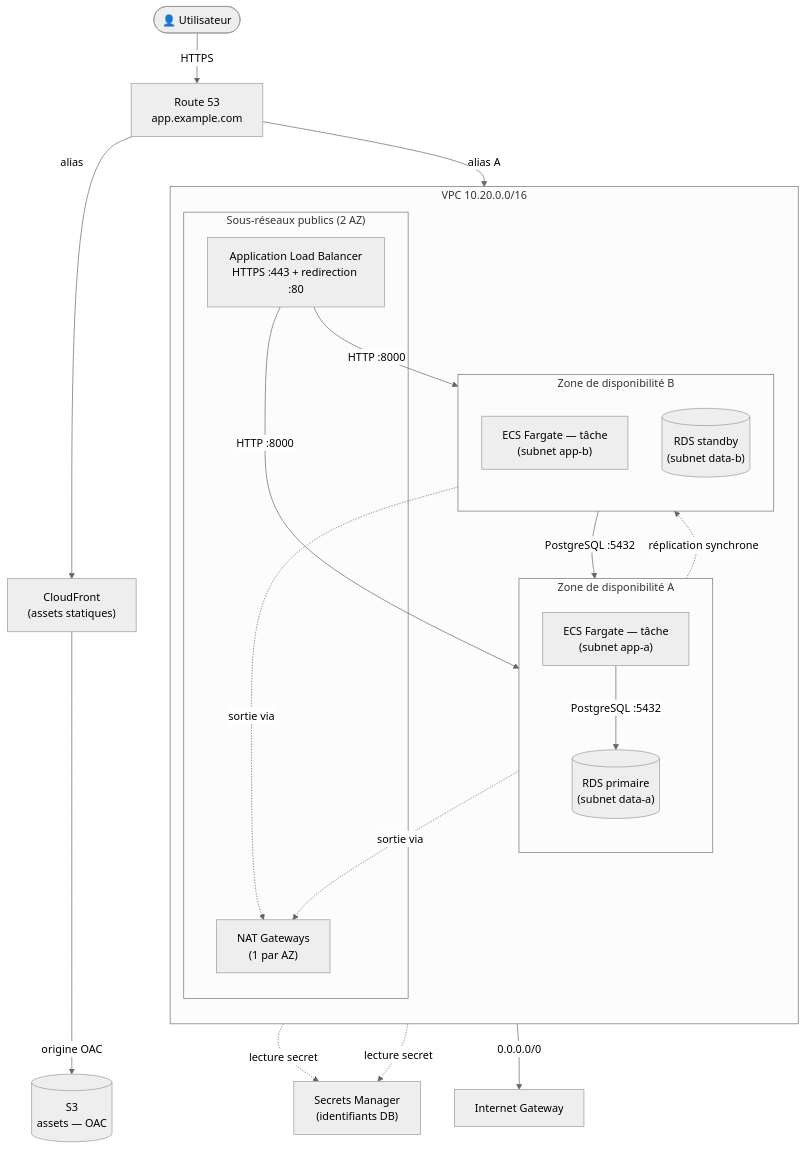
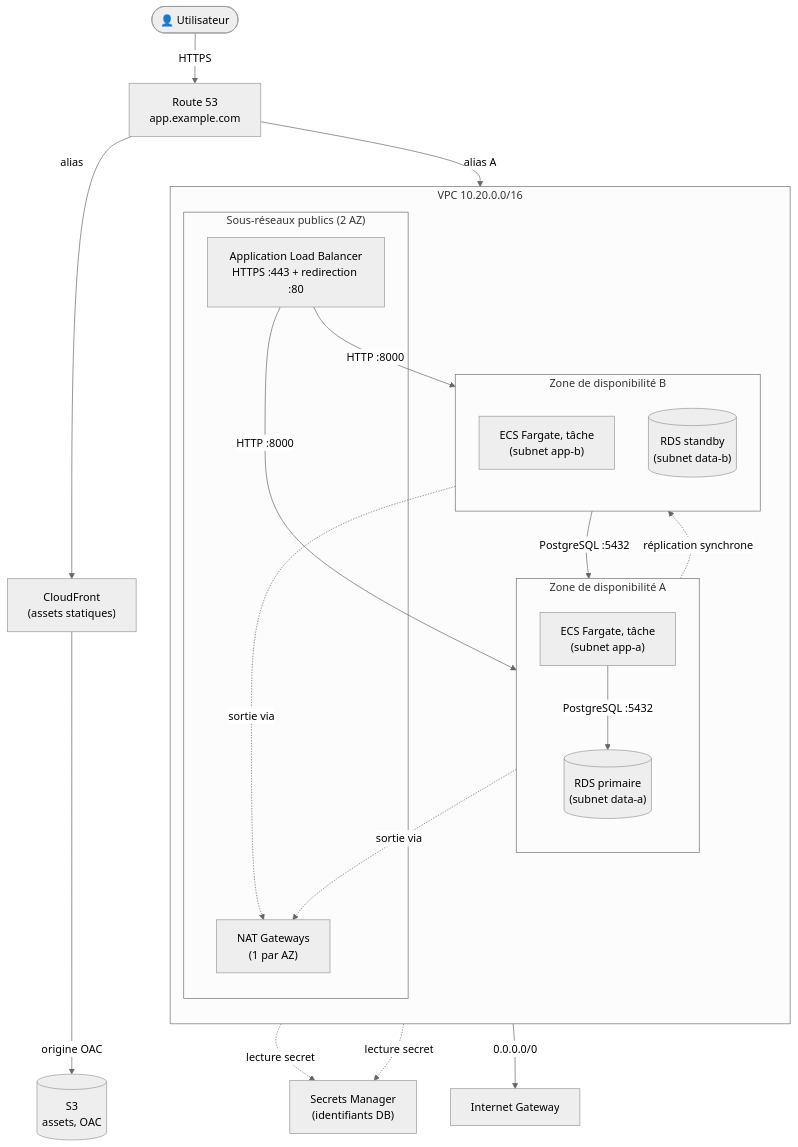
Before and after one commit to Moutacdie2000/aws-webapp-3tier-ha: the first of 2 diagrams in docs/architecture.md, drawn with Mermaid (neutral theme). The commit also changed other lines of this file and 17 other files, not shown here.

````diff
--- a/docs/architecture.md
+++ b/docs/architecture.md
@@ -20,48 +20,48 @@
 ```mermaid
 flowchart TB
     user(["👤 Utilisateur"])
     dns["Route 53<br/>app.example.com"]
     cf["CloudFront<br/>(assets statiques)"]
-    s3[("S3<br/>assets — OAC")]
+    s3[("S3<br/>assets, OAC")]
 
     user -->|HTTPS| dns
     dns -->|alias| cf
     dns -->|alias A| alb
     cf -->|origine OAC| s3
 
     subgraph VPC["VPC 10.20.0.0/16"]
         direction TB
 
         subgraph PUB["Sous-réseaux publics (2 AZ)"]
             alb["Application Load Balancer<br/>HTTPS :443 + redirection :80"]
             nat["NAT Gateways<br/>(1 par AZ)"]
         end
 
         subgraph AZA["Zone de disponibilité A"]
             direction TB
-            appA["ECS Fargate — tâche<br/>(subnet app-a)"]
+            appA["ECS Fargate, tâche<br/>(subnet app-a)"]
             rdsP[("RDS primaire<br/>(subnet data-a)")]
         end
 
         subgraph AZB["Zone de disponibilité B"]
             direction TB
-            appB["ECS Fargate — tâche<br/>(subnet app-b)"]
+            appB["ECS Fargate, tâche<br/>(subnet app-b)"]
             rdsS[("RDS standby<br/>(subnet data-b)")]
         end
 
         alb -->|HTTP :8000| appA
         alb -->|HTTP :8000| appB
         appA -->|PostgreSQL :5432| rdsP
         appB -->|PostgreSQL :5432| rdsP
         rdsP -.->|réplication synchrone| rdsS
         appA -.->|sortie via| nat
         appB -.->|sortie via| nat
     end
 
     sm["Secrets Manager<br/>(identifiants DB)"]
     appA -.->|lecture secret| sm
     appB -.->|lecture secret| sm
 
     igw["Internet Gateway"]
     nat -->|0.0.0.0/0| igw
 ```
````
